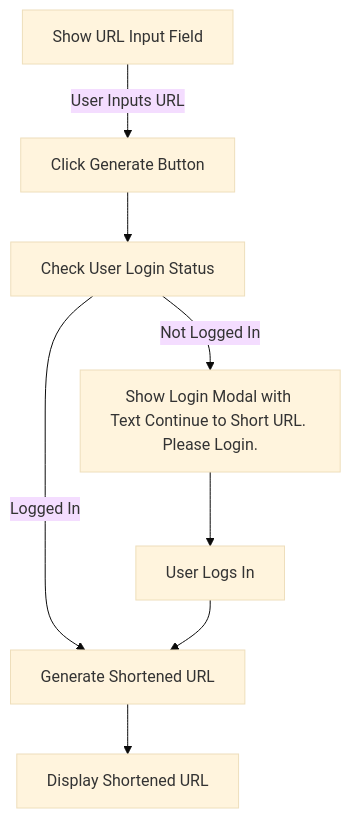
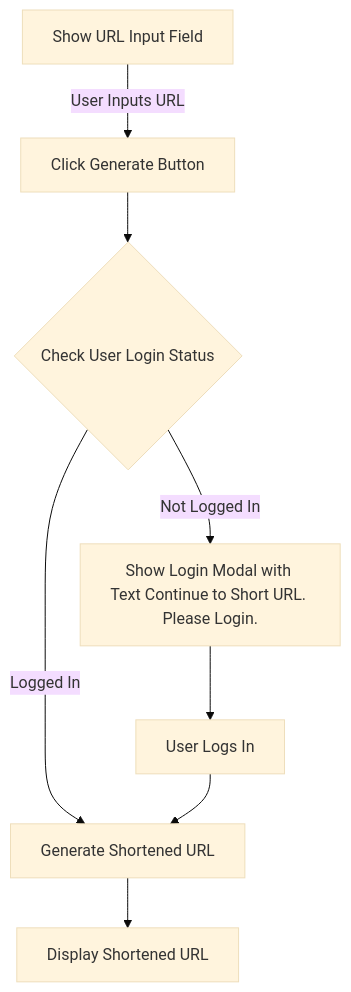
One commit to Real-Dev-Squad/tiny-site-frontend changed the diagram in Doc/Flow - Shorten URL.md. Above: the diagram before and after it, drawn with Mermaid (base theme).

Commit message:
Update Flow - Shorten URL.md

````diff
--- a/Doc/Flow - Shorten URL.md
+++ b/Doc/Flow - Shorten URL.md
@@ -13,10 +13,10 @@
 ```mermaid
-graph TD
+flowchart TD
     A[Show URL Input Field] -->|User Inputs URL| B[Click Generate Button]
-    B --> C[Check User Login Status]
+    B --> C{Check User Login Status}
     C -->|Logged In| D[Generate Shortened URL]
     C -->|Not Logged In| E[Show Login Modal with Text Continue to Short URL. Please Login.]
     E --> F[User Logs In]
     F --> D
     D --> G[Display Shortened URL]
 ```
````
